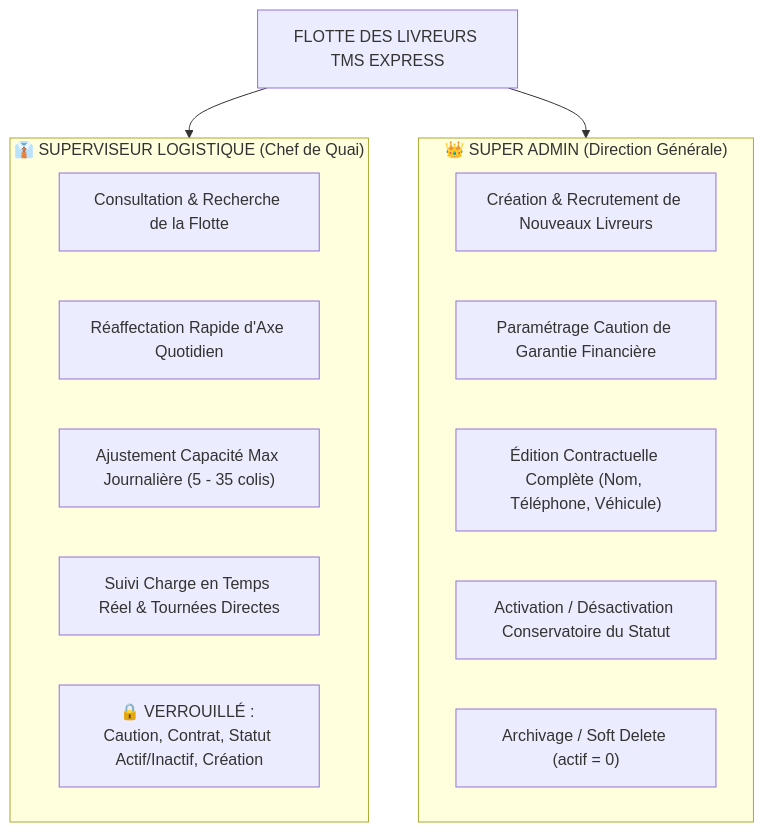
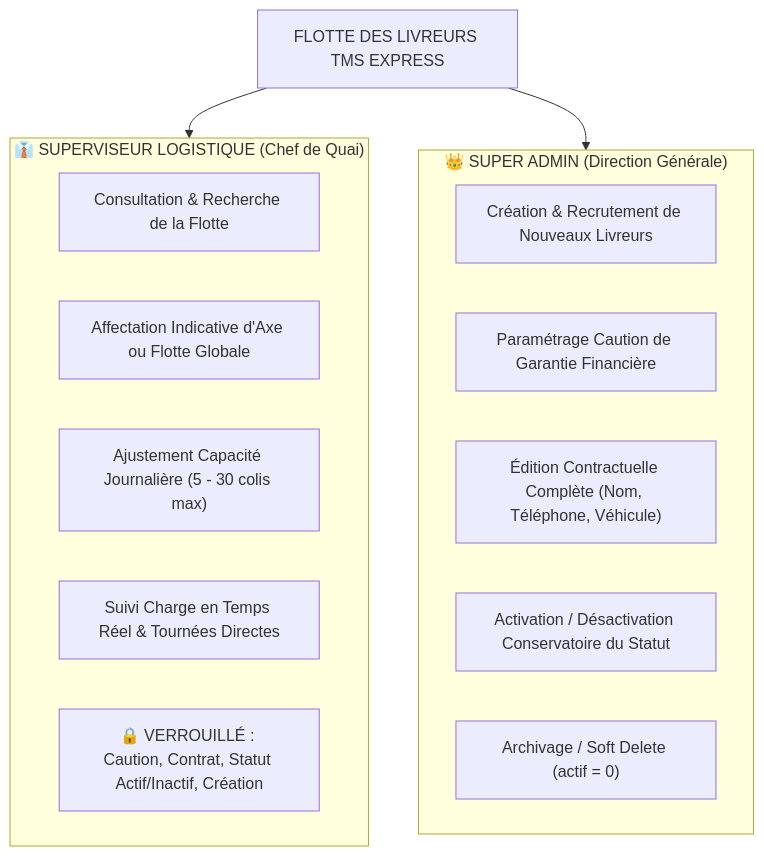
Before and after one commit to tiana777/TMS: the eighth of 9 diagrams in cdc.md, drawn with Mermaid. The commit also changed other lines of this file and 14 other files, not shown here.

Commit message:
feat(dispatch): mutualisation de la flotte et regle anti-surcharge stricte a 30 colis max

````diff
--- a/cdc.md
+++ b/cdc.md
@@ -784,23 +787,23 @@
 ```mermaid
 flowchart TD
     Flotte["FLOTTE DES LIVREURS TMS EXPRESS"]
     
     subgraph Droits_Superviseur["👔 SUPERVISEUR LOGISTIQUE (Chef de Quai)"]
         S1["Consultation & Recherche de la Flotte"]
-        S2["Réaffectation Rapide d'Axe Quotidien"]
-        S3["Ajustement Capacité Max Journalière (5 - 35 colis)"]
+        S2["Affectation Indicative d'Axe ou Flotte Globale"]
+        S3["Ajustement Capacité Journalière (5 - 30 colis max)"]
         S4["Suivi Charge en Temps Réel & Tournées Directes"]
         S5["🔒 VERROUILLÉ : Caution, Contrat, Statut Actif/Inactif, Création"]
     end
     
     subgraph Droits_Admin["👑 SUPER ADMIN (Direction Générale)"]
         A1["Création & Recrutement de Nouveaux Livreurs"]
         A2["Paramétrage Caution de Garantie Financière"]
         A3["Édition Contractuelle Complète (Nom, Téléphone, Véhicule)"]
         A4["Activation / Désactivation Conservatoire du Statut"]
         A5["Archivage / Soft Delete (actif = 0)"]
     end
     
     Flotte --> Droits_Superviseur
     Flotte --> Droits_Admin
 ```
````
